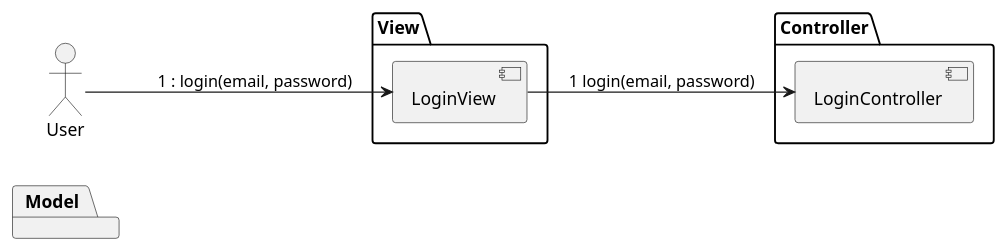
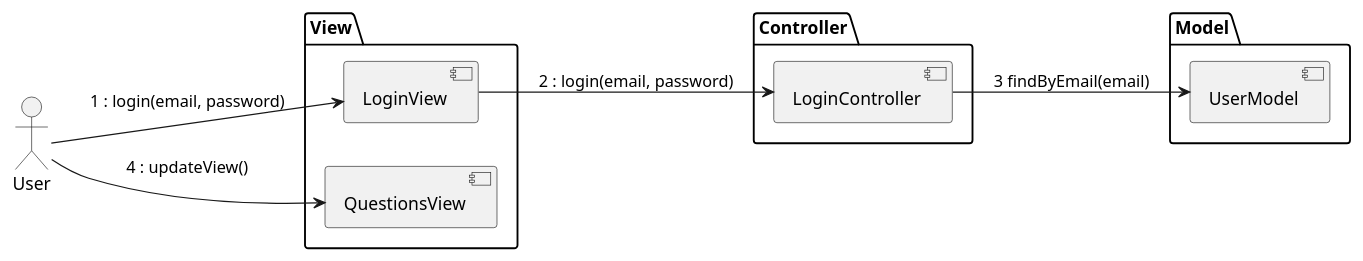
One commit to rafaelacirino/miw-backend-foro changed the diagram in src/main/resources/templates/logic/useCasesAnalysis/loginAnalysis.puml. Above: the diagram before and after it, drawn with PlantUML. The commit also changed 7 other files, not shown here.

Commit message:
update and add more diagrams

```diff
--- a/src/main/resources/templates/logic/useCasesAnalysis/loginAnalysis.puml
+++ b/src/main/resources/templates/logic/useCasesAnalysis/loginAnalysis.puml
@@ -1,22 +1,26 @@
 @startuml
 
 left to right direction
 
 actor User
 
 package View {
   [LoginView]
+  [QuestionsView]
 }
 
 package Controller {
   [LoginController]
 }
 
 package Model {
+    [UserModel]
 }
 
 User --> [LoginView] : 1 : login(email, password)
-[LoginView] --> [LoginController] : 1 login(email, password)
+User --> [QuestionsView] : 4 : updateView()
+[LoginView] --> [LoginController] : 2 : login(email, password)
+[LoginController] --> [UserModel] : 3 findByEmail(email)
 
 
 @enduml
```
